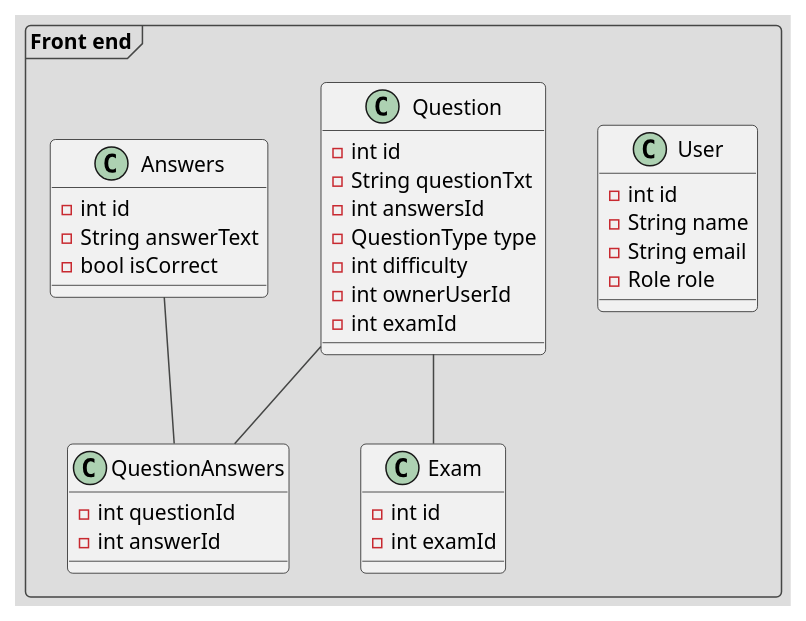
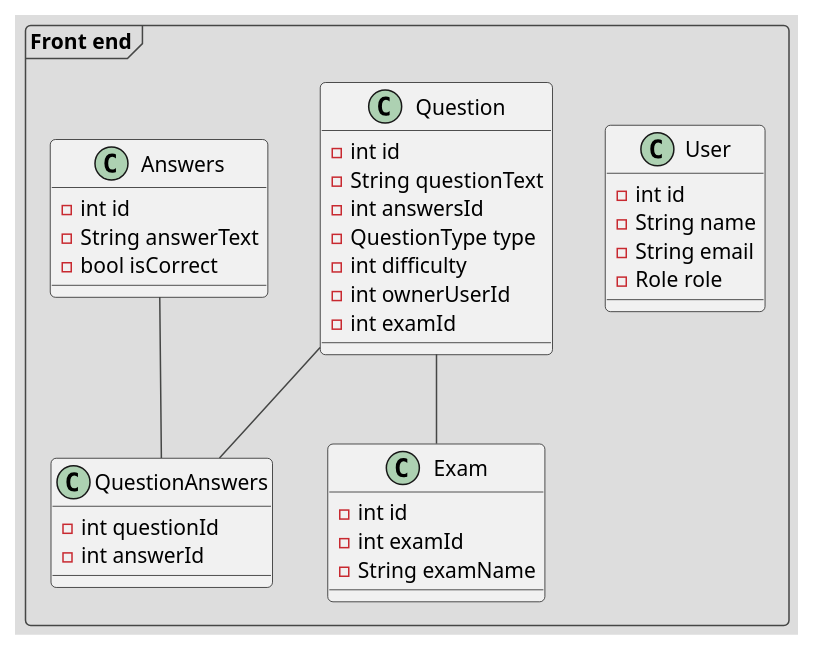
One commit to IGabrielIli/OnlineAssessment-Gr3 changed the diagram in uml_plan.puml. Above: the diagram before and after it, drawn with PlantUML.

Commit message:
examString field in exam

```diff
--- a/uml_plan.puml
+++ b/uml_plan.puml
@@ -1,36 +1,37 @@
 @startuml ADOPSE_uml
 !theme toy
 frame "Front end" {
   class User {
     -int id
     -String name
     -String email
     -Role role
   }
   class Question {
     -int id
-    -String questionTxt
+    -String questionText
     -int answersId
     -QuestionType type
     -int difficulty
     -int ownerUserId
     -int examId
   }
   class Exam {
     -int id
     -int examId
+    -String examName
   }
   class Answers {
     -int id
     -String answerText
     -bool isCorrect
   }
   class QuestionAnswers {
     -int questionId
     -int answerId
   }
   Answers -- QuestionAnswers
   Question -- QuestionAnswers
   Question -- Exam
 }
 @enduml
```
